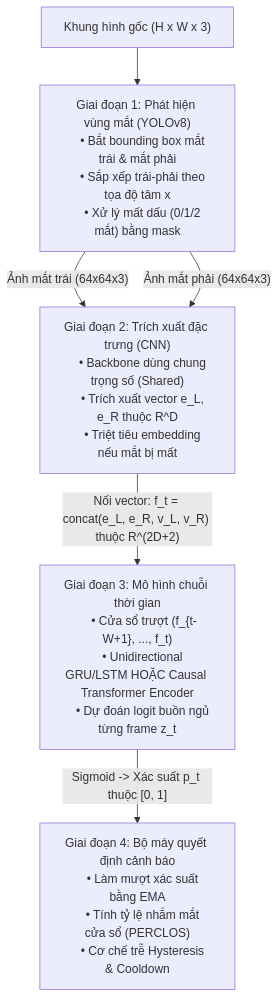
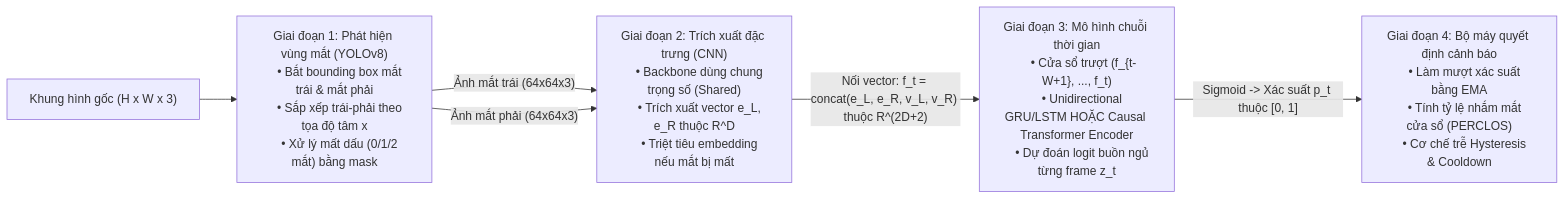
One commit to trantatdat123/driver_downsiness_detection changed the diagram in ARCHITECTURE.md. Above: the diagram before and after it, drawn with Mermaid.

````diff
--- a/ARCHITECTURE.md
+++ b/ARCHITECTURE.md
@@ -7,31 +7,31 @@
 ```mermaid
-flowchart TD
+flowchart LR
     Input["Khung hình gốc (H x W x 3)"] --> Stage1
 
     Stage1["Giai đoạn 1: Phát hiện vùng mắt (YOLOv8)
     • Bắt bounding box mắt trái & mắt phải
     • Sắp xếp trái-phải theo tọa độ tâm x
     • Xử lý mất dấu (0/1/2 mắt) bằng mask"]
 
     Stage1 -->|"Ảnh mắt trái (64x64x3)"| Stage2
     Stage1 -->|"Ảnh mắt phải (64x64x3)"| Stage2
 
     Stage2["Giai đoạn 2: Trích xuất đặc trưng (CNN)
     • Backbone dùng chung trọng số (Shared)
     • Trích xuất vector e_L, e_R thuộc R^D
     • Triệt tiêu embedding nếu mắt bị mất"]
 
     Stage2 -->|"Nối vector: f_t = concat(e_L, e_R, v_L, v_R) thuộc R^(2D+2)"| Stage3
 
     Stage3["Giai đoạn 3: Mô hình chuỗi thời gian
     • Cửa sổ trượt (f_{t-W+1}, ..., f_t)
     • Unidirectional GRU/LSTM HOẶC Causal Transformer Encoder
     • Dự đoán logit buồn ngủ từng frame z_t"]
 
     Stage3 -->|"Sigmoid -> Xác suất p_t thuộc [0, 1]"| Stage4
 
     Stage4["Giai đoạn 4: Bộ máy quyết định cảnh báo
     • Làm mượt xác suất bằng EMA
     • Tính tỷ lệ nhắm mắt cửa sổ (PERCLOS)
     • Cơ chế trễ Hysteresis & Cooldown"]
 ```
````
